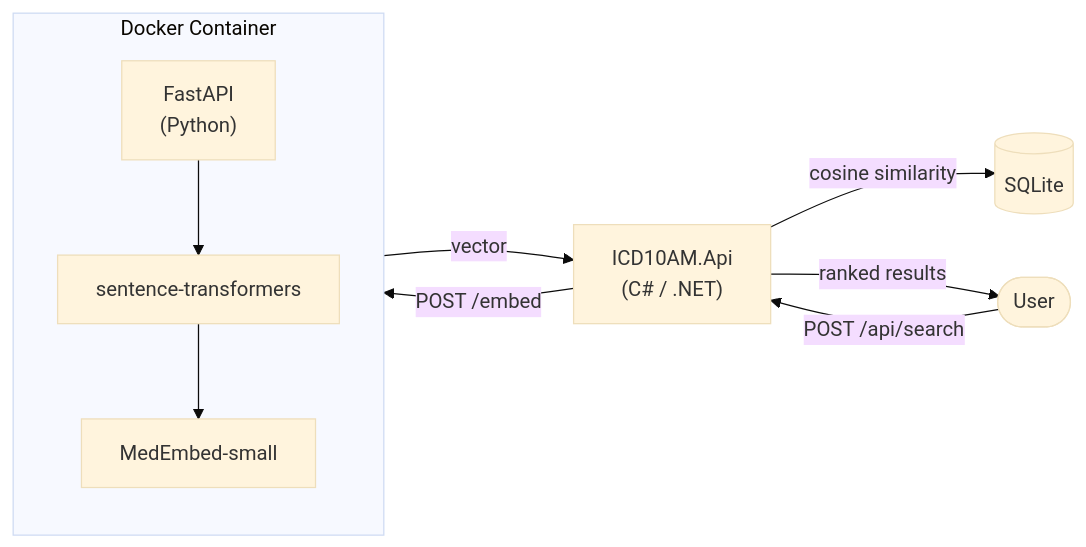
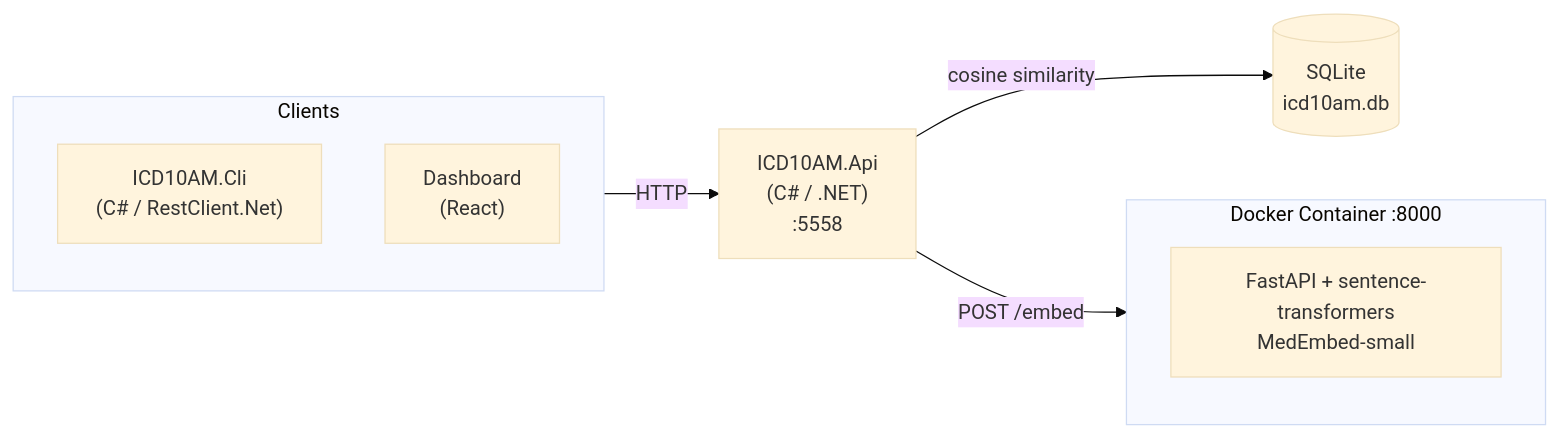
Before and after one commit to MelbourneDeveloper/DataProvider: the diagram in Samples/ICD10CM/README.md, drawn with Mermaid (base theme). The commit also changed other lines of this file and 4 other files, not shown here.

````diff
--- a/Samples/ICD10CM/README.md
+++ b/Samples/ICD10CM/README.md
@@ -70,13 +70,16 @@
 ```mermaid
 flowchart LR
-    Client([User]) --> |POST /api/search| API["ICD10AM.Api<br/>(C# / .NET)"]
-    API --> |POST /embed| Container
-    subgraph Container["Docker Container"]
-        PyAPI["FastAPI<br/>(Python)"]
-        PyAPI --> ST["sentence-transformers"]
-        ST --> Model["MedEmbed-small"]
+    subgraph Clients["Clients"]
+        CLI["ICD10AM.Cli<br/>(C# / RestClient.Net)"]
+        Dashboard["Dashboard<br/>(React)"]
     end
-    Container --> |vector| API
-    API --> |cosine similarity| DB[(SQLite)]
-    API --> |ranked results| Client
+
+    Clients --> |HTTP| API["ICD10AM.Api<br/>(C# / .NET)<br/>:5558"]
+
+    API --> |cosine similarity| DB[(SQLite<br/>icd10am.db)]
+
+    API --> |POST /embed| Embedding
+    subgraph Embedding["Docker Container :8000"]
+        PyAPI["FastAPI + sentence-transformers<br/>MedEmbed-small"]
+    end
 ```
````
